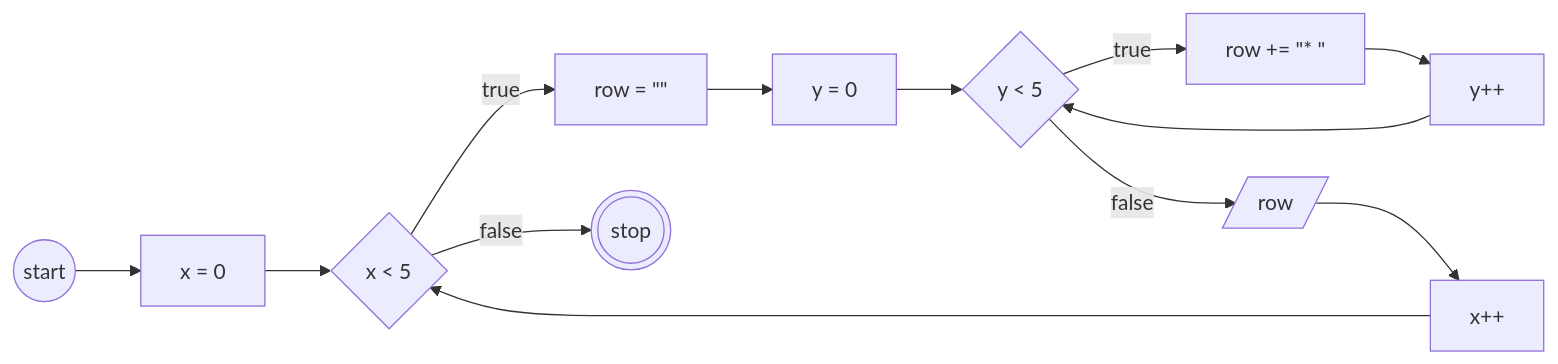
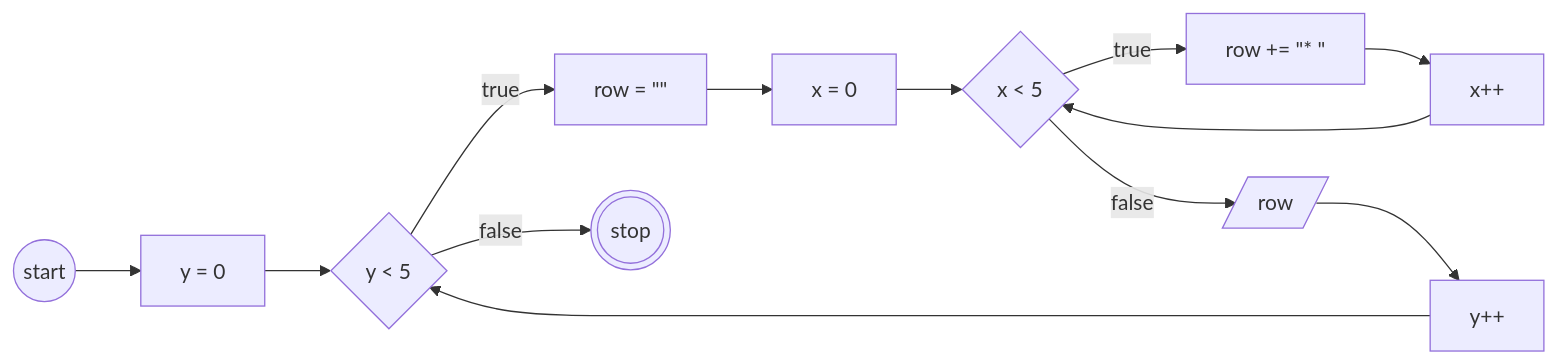
Before and after one commit to aldi-ardyansah/koda-b10-javascript3: the first of 4 diagrams in README.md, drawn with Mermaid. The commit also changed other lines of this file and 1 other file, not shown here.

````diff
--- a/README.md
+++ b/README.md
@@ -15,27 +15,27 @@
 ```mermaid
 flowchart LR
     A((start))
-    B[x = 0]
-    C{x < 5}
+    B[y = 0]
+    C{y < 5}
     D[row = #quot;#quot;]
-    E[y = 0]
-    F{y < 5}
+    E[x = 0]
+    F{x < 5}
     G[row += #quot;* #quot;]
-    H[y++]
+    H[x++]
     I[/row/]
-    J[x++]
+    J[y++]
     Z(((stop)))
 
     A --> B
     B --> C
     C --true--> D
     D --> E
     E --> F
     F --true--> G
     G --> H
     H --> F
     F --false--> I
     I --> J
     J --> C
     C --false--> Z
 ```
````
